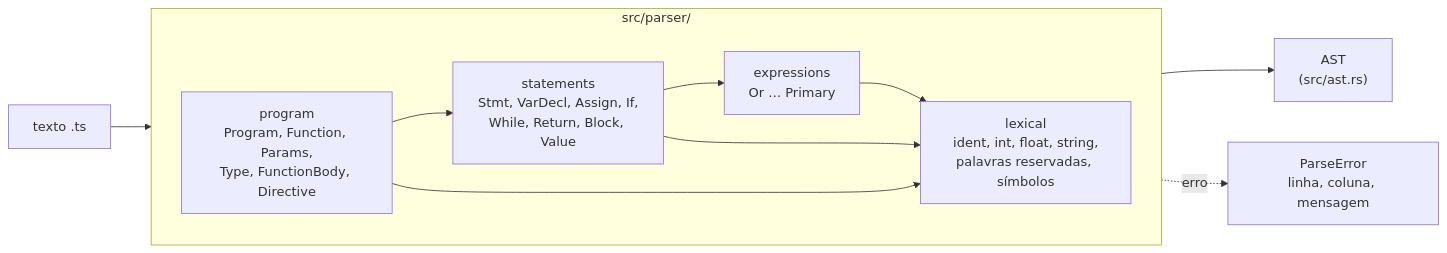
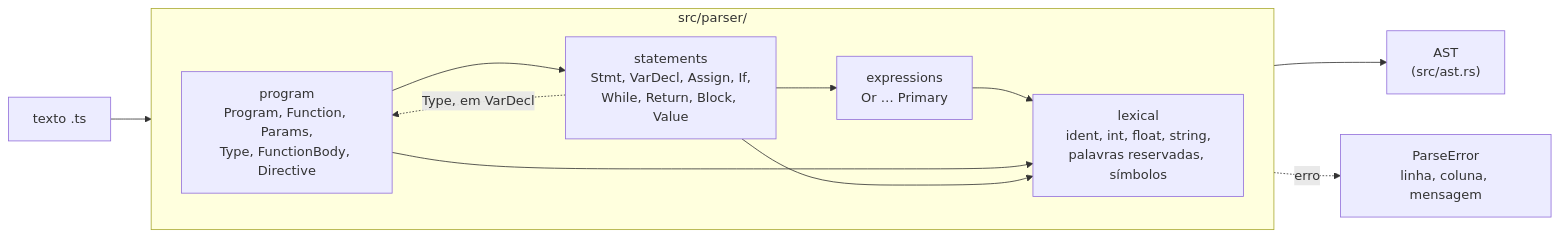
The fifth of 5 diagrams in docs/design.md (arthurbm/dormant-lang), drawn with Mermaid before and after one commit. The commit also changed other lines of this file and 15 other files, not shown here.

````diff
--- a/docs/design.md
+++ b/docs/design.md
@@ -384,14 +384,15 @@
 ```mermaid
 flowchart LR
     SRC["texto .ts"] --> PROG
     subgraph P["src/parser/"]
         direction LR
         PROG["program<br/>Program, Function, Params,<br/>Type, FunctionBody, Directive"] --> STMT["statements<br/>Stmt, VarDecl, Assign, If,<br/>While, Return, Block, Value"]
         STMT --> EXPR["expressions<br/>Or … Primary"]
         EXPR --> LEX["lexical<br/>ident, int, float, string,<br/>palavras reservadas, símbolos"]
         PROG --> LEX
         STMT --> LEX
+        STMT -.->|"Type, em VarDecl"| PROG
     end
     PROG --> AST["AST<br/>(src/ast.rs)"]
     PROG -.->|"erro"| ERR["ParseError<br/>linha, coluna, mensagem"]
 ```
````
